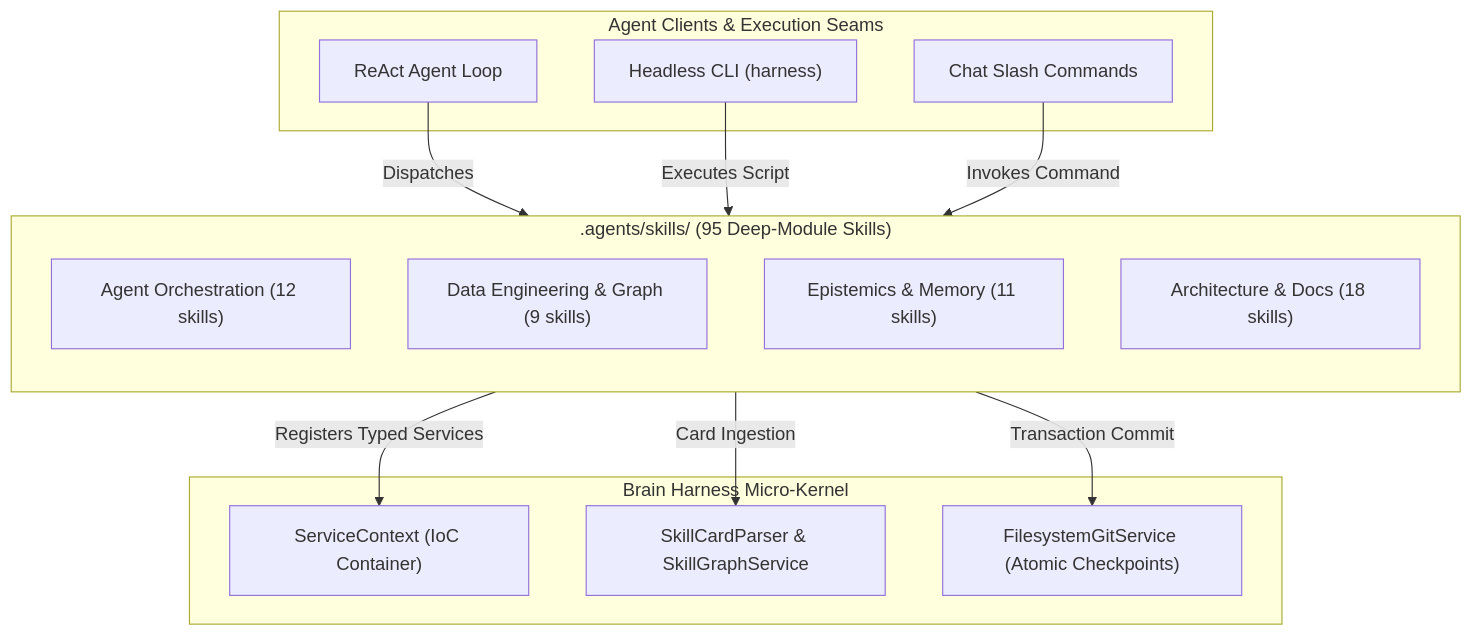
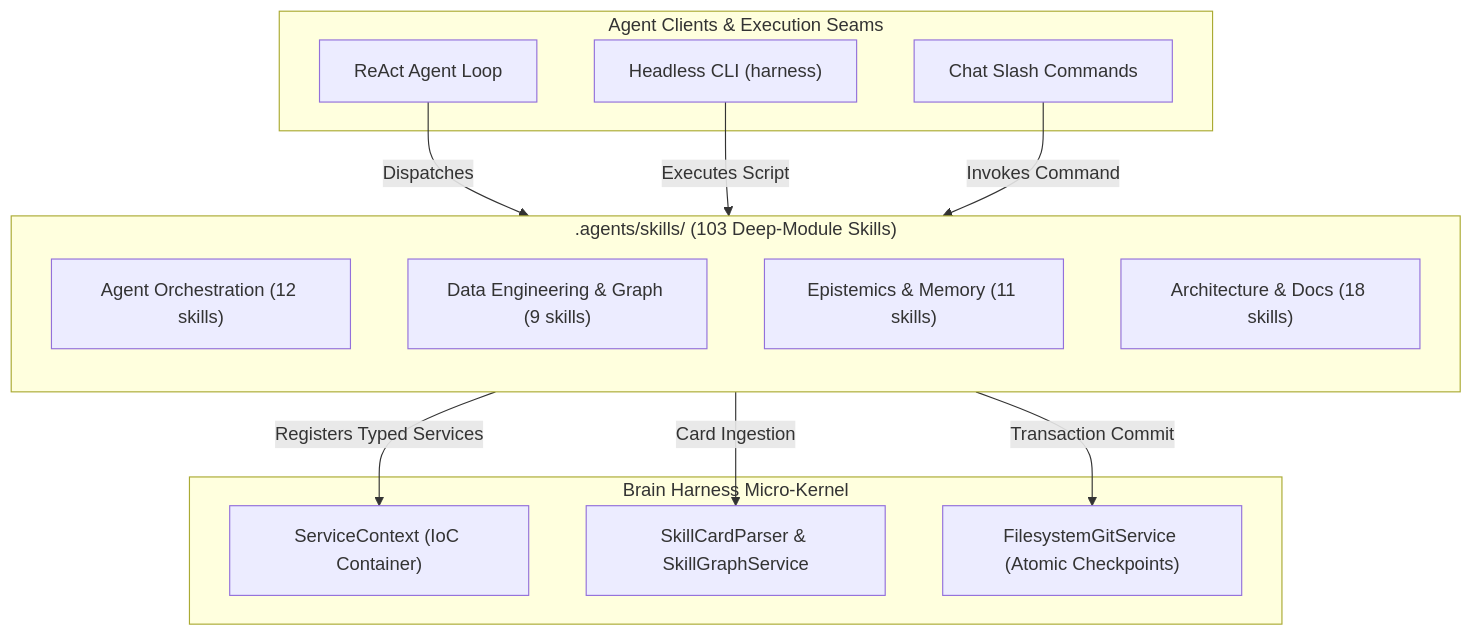
Before and after one commit to SpectreDeath/Brain-Harness: the diagram in .agents/skills/README.md, drawn with Mermaid. The commit also changed other lines of this file and 14 other files, not shown here.

````diff
--- a/.agents/skills/README.md
+++ b/.agents/skills/README.md
@@ -23,29 +23,29 @@
 ```mermaid
 flowchart TD
     subgraph Clients["Agent Clients &amp; Execution Seams"]
         A1["ReAct Agent Loop"]
         A2["Headless CLI (harness)"]
         A3["Chat Slash Commands"]
     end
 
-    subgraph SkillsCatalog[".agents/skills/ (95 Deep-Module Skills)"]
+    subgraph SkillsCatalog[".agents/skills/ (103 Deep-Module Skills)"]
         direction TB
         D1["Agent Orchestration (12 skills)"]
         D2["Data Engineering &amp; Graph (9 skills)"]
         D3["Epistemics &amp; Memory (11 skills)"]
         D4["Architecture &amp; Docs (18 skills)"]
     end
 
     subgraph MicroKernel["Brain Harness Micro-Kernel"]
         K1["ServiceContext (IoC Container)"]
         K2["SkillCardParser &amp; SkillGraphService"]
         K3["FilesystemGitService (Atomic Checkpoints)"]
     end
 
     A1 -->|Dispatches| SkillsCatalog
     A2 -->|Executes Script| SkillsCatalog
     A3 -->|Invokes Command| SkillsCatalog
     SkillsCatalog -->|Registers Typed Services| K1
     SkillsCatalog -->|Card Ingestion| K2
     SkillsCatalog -->|Transaction Commit| K3
 ```
````
